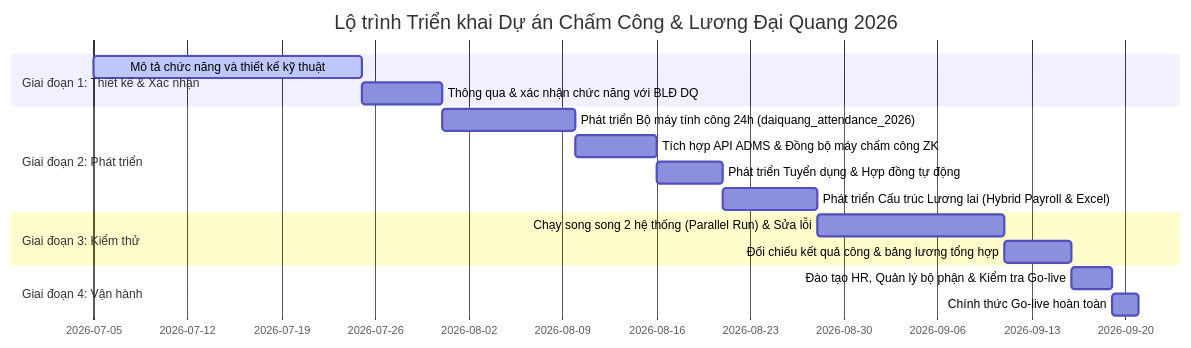
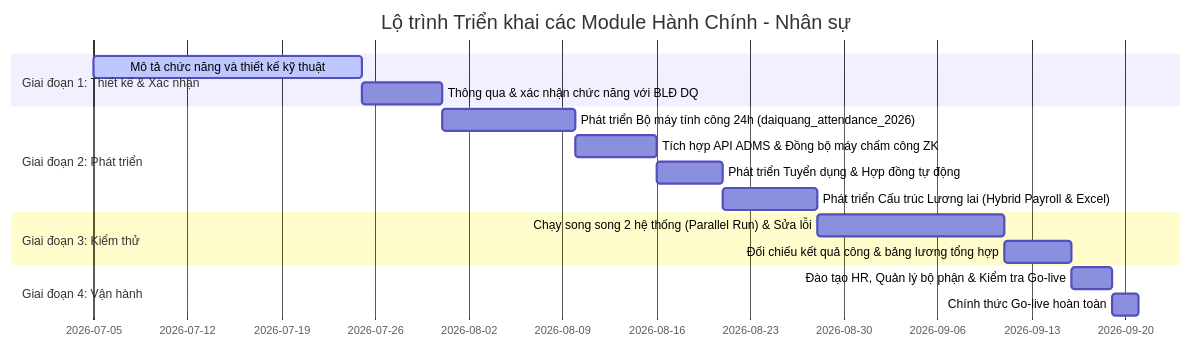
One commit to tuyenvn4649/dai_quang_2026 changed the diagram in ke_hoach_chuyen_doi_nang_cap.md. Above: the diagram before and after it, drawn with Mermaid.

Commit message:
1st Commit

````diff
--- a/ke_hoach_chuyen_doi_nang_cap.md
+++ b/ke_hoach_chuyen_doi_nang_cap.md
@@ -312,19 +312,19 @@
 ```mermaid
 gantt
-    title Lộ trình Triển khai Dự án Chấm Công & Lương Đại Quang 2026
+    title Lộ trình Triển khai các Module Hành Chính - Nhân sự
     dateFormat  YYYY-MM-DD
     section Giai đoạn 1: Thiết kế & Xác nhận
     Mô tả chức năng và thiết kế kỹ thuật       :active, p1, 2026-07-05, 20d
     Thông qua & xác nhận chức năng với BLĐ DQ  : p2, after p1, 6d
     section Giai đoạn 2: Phát triển
     Phát triển Bộ máy tính công 24h (daiquang_attendance_2026): p3, after p2, 10d
     Tích hợp API ADMS & Đồng bộ máy chấm công ZK: p4, after p3, 6d
     Phát triển Tuyển dụng & Hợp đồng tự động: p5, after p4, 5d
     Phát triển Cấu trúc Lương lai (Hybrid Payroll & Excel): p6, after p5, 7d
     section Giai đoạn 3: Kiểm thử
     Chạy song song 2 hệ thống (Parallel Run) & Sửa lỗi: p7, after p6, 14d
     Đối chiếu kết quả công & bảng lương tổng hợp: p8, after p7, 5d
     section Giai đoạn 4: Vận hành
     Đào tạo HR, Quản lý bộ phận & Kiểm tra Go-live: p9, after p8, 3d
     Chính thức Go-live hoàn toàn: p10, after p9, 2d
 ```
````
